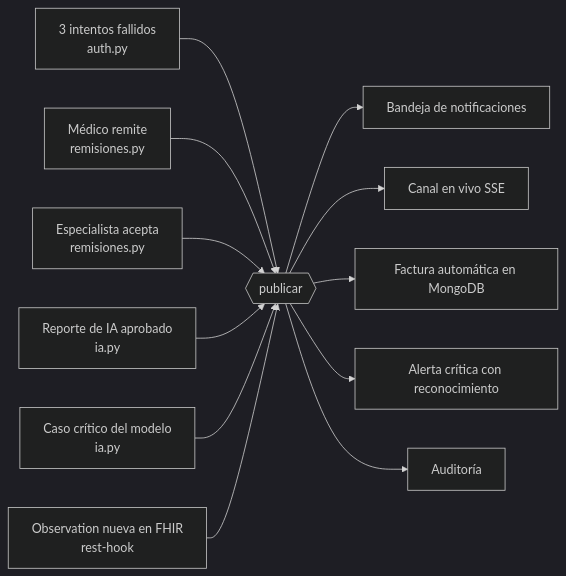
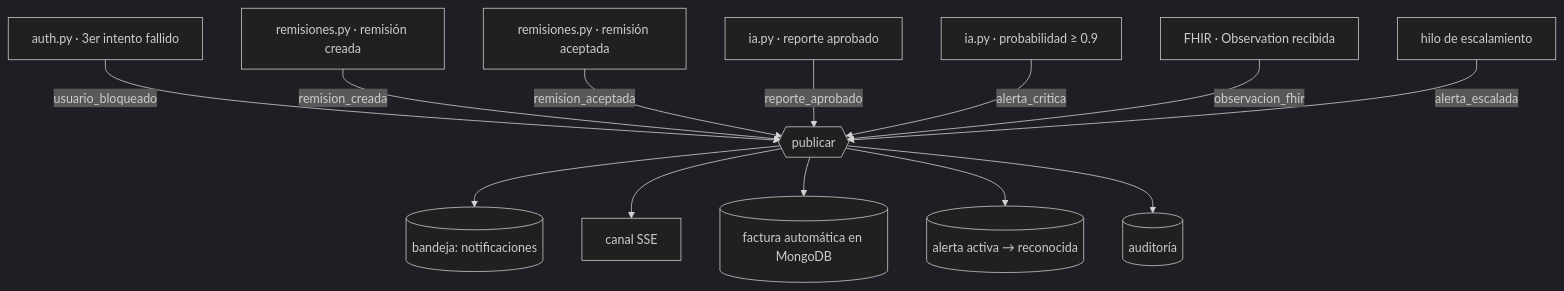
The second of 2 diagrams in README.md (Laura25a/TrazaRedHUV), drawn with Mermaid (dark theme) before and after one commit. The commit also changed other lines of this file, not shown here.

````diff
--- a/README.md
+++ b/README.md
@@ -65,14 +170,15 @@
 ```mermaid
-flowchart LR
-    bloqueo[3 intentos fallidos<br/>auth.py] --> pub{{publicar}}
-    remitir[Médico remite<br/>remisiones.py] --> pub
-    aceptar[Especialista acepta<br/>remisiones.py] --> pub
-    aprobar[Reporte de IA aprobado<br/>ia.py] --> pub
-    critico[Caso crítico del modelo<br/>ia.py] --> pub
-    fhir[Observation nueva en FHIR<br/>rest-hook] --> pub
-    pub --> bandeja[Bandeja de notificaciones]
-    pub --> sse[Canal en vivo SSE]
-    pub --> factura[Factura automática en MongoDB]
-    pub --> alerta[Alerta crítica con reconocimiento]
-    pub --> aud[Auditoría]
+flowchart TD
+    A[auth.py · 3er intento fallido] -->|usuario_bloqueado| P{{publicar}}
+    R1[remisiones.py · remisión creada] -->|remision_creada| P
+    R2[remisiones.py · remisión aceptada] -->|remision_aceptada| P
+    I1[ia.py · reporte aprobado] -->|reporte_aprobado| P
+    I2[ia.py · probabilidad ≥ 0.9] -->|alerta_critica| P
+    F[FHIR · Observation recibida] -->|observacion_fhir| P
+    T[hilo de escalamiento] -->|alerta_escalada| P
+    P --> B[(bandeja: notificaciones)]
+    P --> S[canal SSE]
+    P --> FA[(factura automática en MongoDB)]
+    P --> AL[(alerta activa → reconocida)]
+    P --> AU[(auditoría)]
 ```
````
